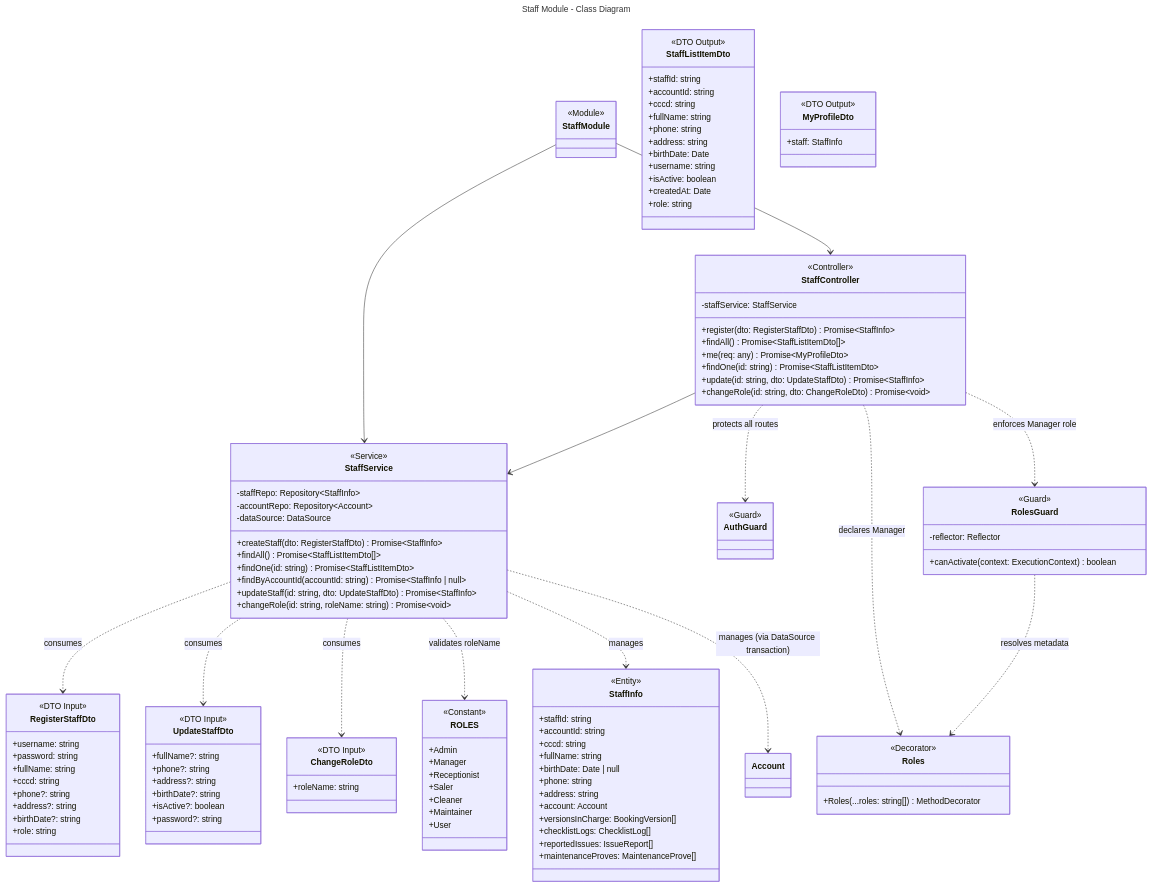
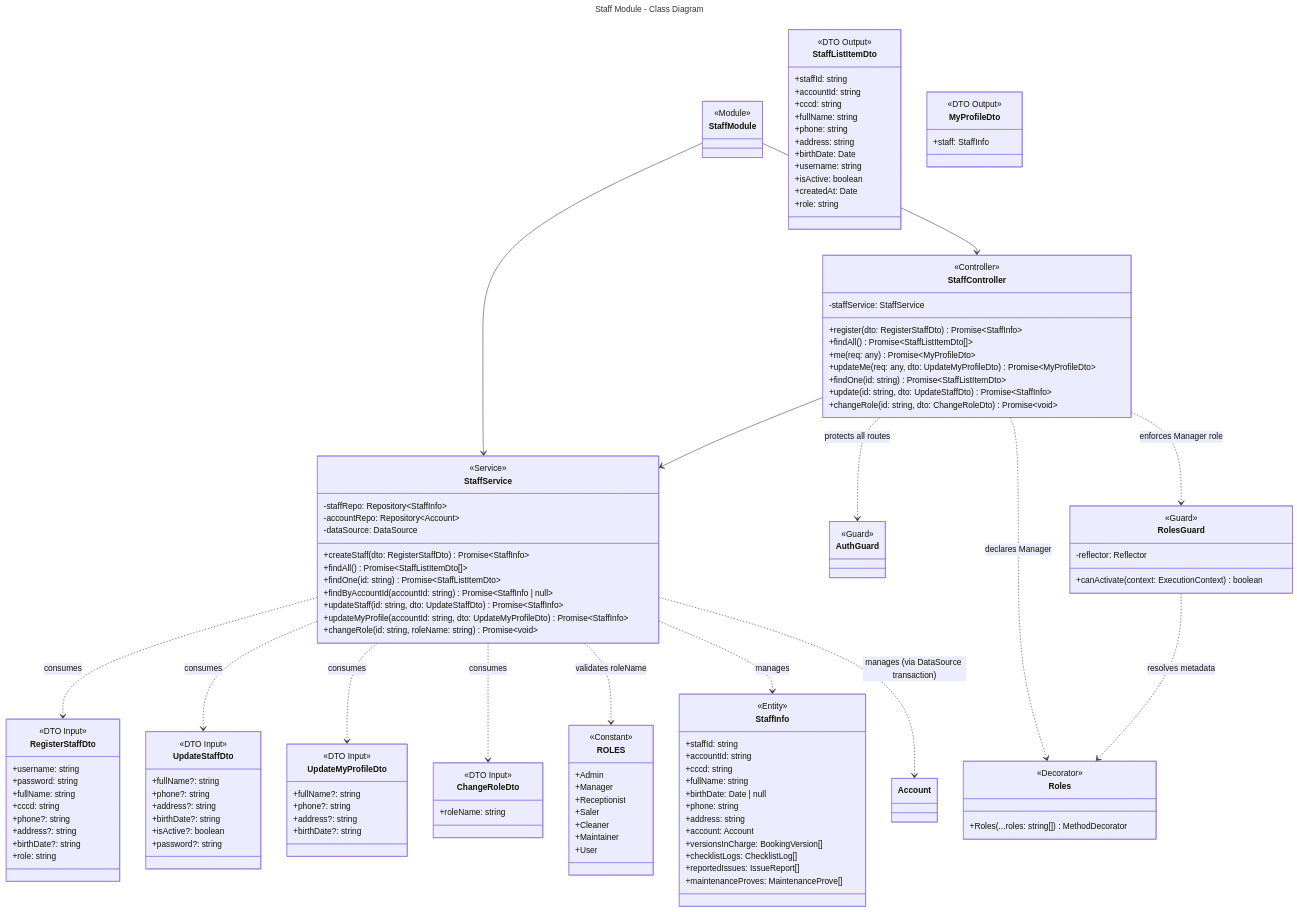
The diagram in docs/modules/staff/class.mmd (Notimemech/HotelHubManagement), drawn with Mermaid before and after one commit. The commit also changed 15 other files, not shown here.

First line of the commit message:
Add sequence diagrams and documentation for Services and Staff modules

```diff
--- a/docs/modules/staff/class.mmd
+++ b/docs/modules/staff/class.mmd
@@ -1,134 +1,145 @@
 ---
 title: Staff Module - Class Diagram
 ---
 classDiagram
     class StaffModule {
         <<Module>>
     }
 
     class StaffController {
         <<Controller>>
         -staffService: StaffService
         +register(dto: RegisterStaffDto) Promise~StaffInfo~
         +findAll() Promise~StaffListItemDto[]~
         +me(req: any) Promise~MyProfileDto~
+        +updateMe(req: any, dto: UpdateMyProfileDto) Promise~MyProfileDto~
         +findOne(id: string) Promise~StaffListItemDto~
         +update(id: string, dto: UpdateStaffDto) Promise~StaffInfo~
         +changeRole(id: string, dto: ChangeRoleDto) Promise~void~
     }
 
     class StaffService {
         <<Service>>
         -staffRepo: Repository~StaffInfo~
         -accountRepo: Repository~Account~
         -dataSource: DataSource
         +createStaff(dto: RegisterStaffDto) Promise~StaffInfo~
         +findAll() Promise~StaffListItemDto[]~
         +findOne(id: string) Promise~StaffListItemDto~
         +findByAccountId(accountId: string) Promise~StaffInfo | null~
         +updateStaff(id: string, dto: UpdateStaffDto) Promise~StaffInfo~
+        +updateMyProfile(accountId: string, dto: UpdateMyProfileDto) Promise~StaffInfo~
         +changeRole(id: string, roleName: string) Promise~void~
     }
 
     class AuthGuard {
         <<Guard>>
     }
 
     class RolesGuard {
         <<Guard>>
         -reflector: Reflector
         +canActivate(context: ExecutionContext) boolean
     }
 
     class Roles {
         <<Decorator>>
         +Roles(...roles: string[]) MethodDecorator
     }
 
     class RegisterStaffDto {
         <<DTO Input>>
         +username: string
         +password: string
         +fullName: string
         +cccd: string
         +phone?: string
         +address?: string
         +birthDate?: string
         +role: string
     }
 
     class UpdateStaffDto {
         <<DTO Input>>
         +fullName?: string
         +phone?: string
         +address?: string
         +birthDate?: string
         +isActive?: boolean
         +password?: string
+    }
+
+    class UpdateMyProfileDto {
+        <<DTO Input>>
+        +fullName?: string
+        +phone?: string
+        +address?: string
+        +birthDate?: string
     }
 
     class ChangeRoleDto {
         <<DTO Input>>
         +roleName: string
     }
 
     class ROLES {
         <<Constant>>
         +Admin
         +Manager
         +Receptionist
         +Saler
         +Cleaner
         +Maintainer
         +User
     }
 
     class StaffListItemDto {
         <<DTO Output>>
         +staffId: string
         +accountId: string
         +cccd: string
         +fullName: string
         +phone: string
         +address: string
         +birthDate: Date
         +username: string
         +isActive: boolean
         +createdAt: Date
         +role: string
     }
 
     class MyProfileDto {
         <<DTO Output>>
         +staff: StaffInfo
     }
 
     class StaffInfo {
         <<Entity>>
         +staffId: string
         +accountId: string
         +cccd: string
         +fullName: string
         +birthDate: Date | null
         +phone: string
         +address: string
         +account: Account
         +versionsInCharge: BookingVersion[]
         +checklistLogs: ChecklistLog[]
         +reportedIssues: IssueReport[]
         +maintenanceProves: MaintenanceProve[]
     }
 
     StaffModule --> StaffController
     StaffModule --> StaffService
     StaffController --> StaffService
     StaffController ..> AuthGuard : protects all routes
     StaffController ..> RolesGuard : enforces Manager role
     StaffController ..> Roles : declares Manager
     StaffService ..> RegisterStaffDto : consumes
     StaffService ..> UpdateStaffDto : consumes
+    StaffService ..> UpdateMyProfileDto : consumes
     StaffService ..> ChangeRoleDto : consumes
     StaffService ..> ROLES : validates roleName
     StaffService ..> StaffInfo : manages
     StaffService ..> Account : manages (via DataSource transaction)
     RolesGuard ..> Roles : resolves metadata
```
